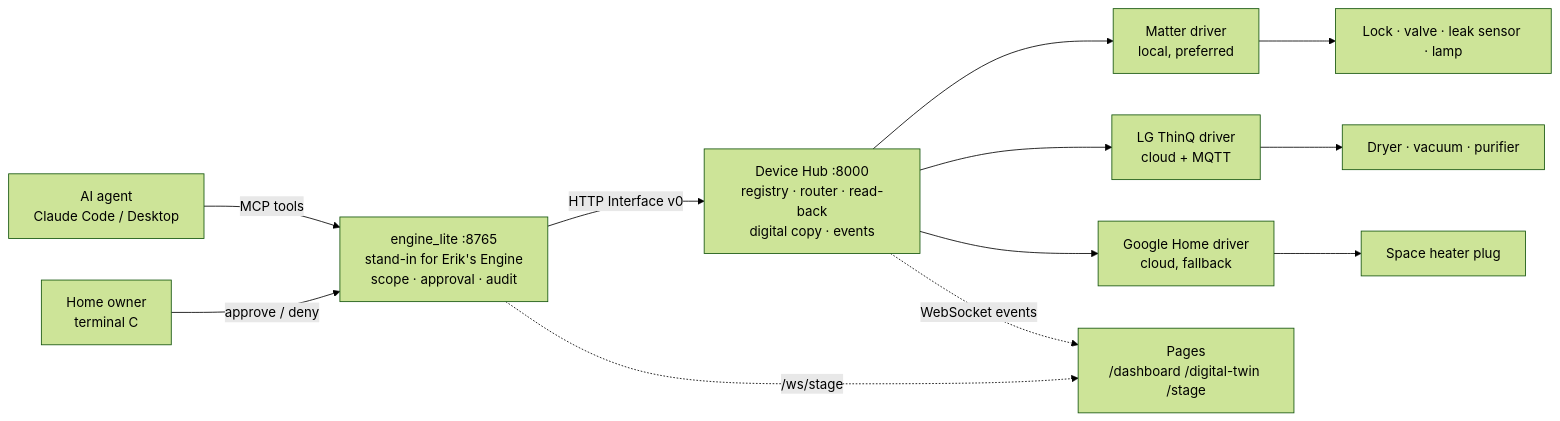
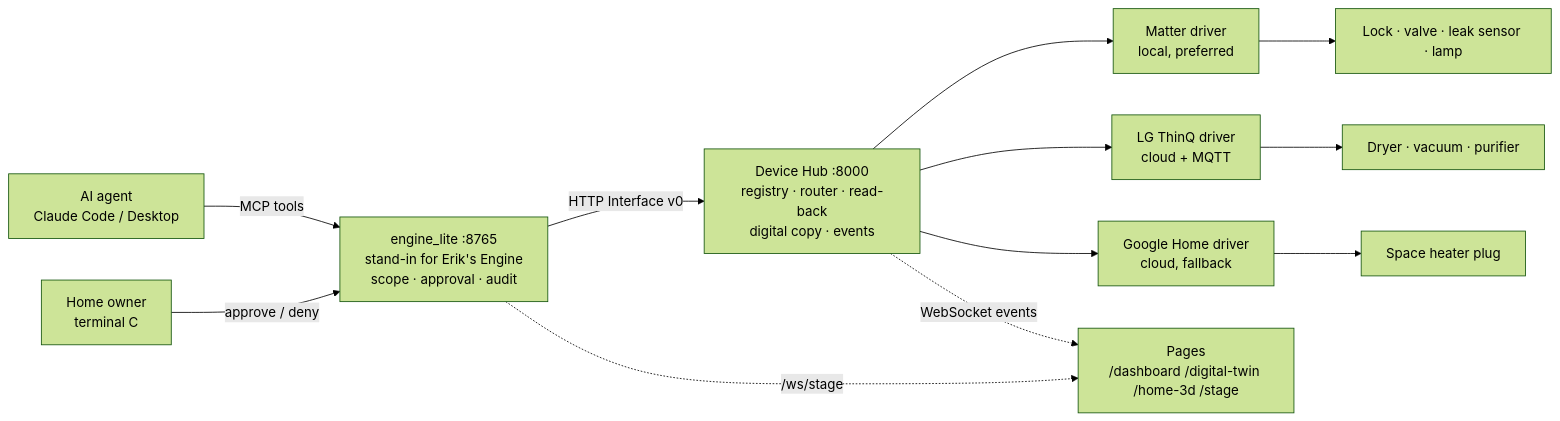
One commit to yooncham/Porch changed the diagram in docs/FIELD_GUIDE.md. Above: the diagram before and after it, drawn with Mermaid (forest theme). The commit also changed other lines of this file and 9 other files, not shown here.

First line of the commit message:
Add the 3D home twin at /home-3d

````diff
--- a/docs/FIELD_GUIDE.md
+++ b/docs/FIELD_GUIDE.md
@@ -36,14 +36,14 @@
 ```mermaid
 flowchart LR
   A["AI agent<br/>Claude Code / Desktop"] -- "MCP tools" --> E["engine_lite :8765<br/>stand-in for Erik's Engine<br/>scope · approval · audit"]
   O["Home owner<br/>terminal C"] -- "approve / deny" --> E
   E -- "HTTP Interface v0" --> H["Device Hub :8000<br/>registry · router · read-back<br/>digital copy · events"]
   H --> M["Matter driver<br/>local, preferred"]
   H --> L["LG ThinQ driver<br/>cloud + MQTT"]
   H --> G["Google Home driver<br/>cloud, fallback"]
   M --> D1["Lock · valve · leak sensor · lamp"]
   L --> D2["Dryer · vacuum · purifier"]
   G --> D3["Space heater plug"]
-  H -. "WebSocket events" .-> S["Pages<br/>/dashboard /digital-twin /stage"]
+  H -. "WebSocket events" .-> S["Pages<br/>/dashboard /digital-twin /home-3d /stage"]
   E -. "/ws/stage" .-> S
 ```
````
